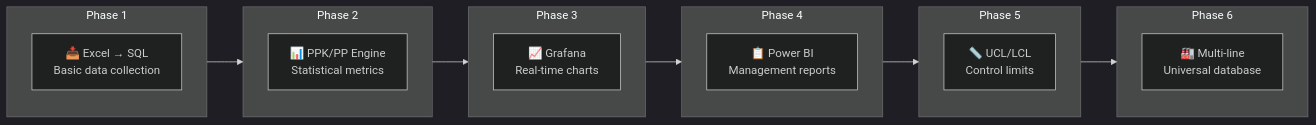
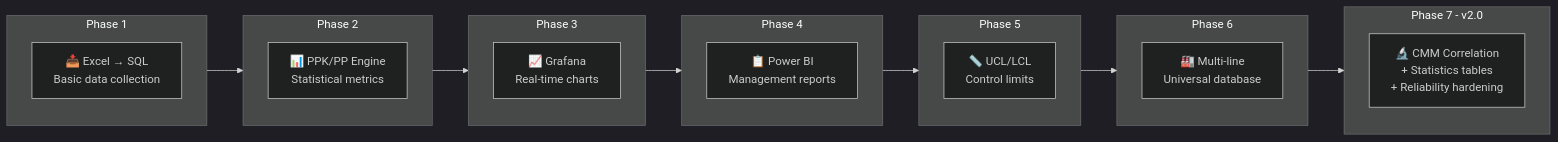
The third of 12 diagrams in README.md (KSangmuang/SPC-Dashboard), drawn with Mermaid (dark theme) before and after one commit. The commit also changed other lines of this file, not shown here.

````diff
--- a/README.md
+++ b/README.md
@@ -139,28 +230,32 @@
 ```mermaid
 flowchart LR
     subgraph P1["Phase 1"]
         A1[📥 Excel → SQL<br/>Basic data collection]
     end
-    
+
     subgraph P2["Phase 2"]
         A2[📊 PPK/PP Engine<br/>Statistical metrics]
     end
-    
+
     subgraph P3["Phase 3"]
         A3[📈 Grafana<br/>Real-time charts]
     end
-    
+
     subgraph P4["Phase 4"]
         A4[📋 Power BI<br/>Management reports]
     end
-    
+
     subgraph P5["Phase 5"]
         A5[📏 UCL/LCL<br/>Control limits]
     end
-    
+
     subgraph P6["Phase 6"]
         A6[🏭 Multi-line<br/>Universal database]
     end
-    
-    P1 --> P2 --> P3 --> P4 --> P5 --> P6
+
+    subgraph P7["Phase 7 - v2.0"]
+        A7[🔬 CMM Correlation<br/>+ Statistics tables<br/>+ Reliability hardening]
+    end
+
+    P1 --> P2 --> P3 --> P4 --> P5 --> P6 --> P7
 ```
````
